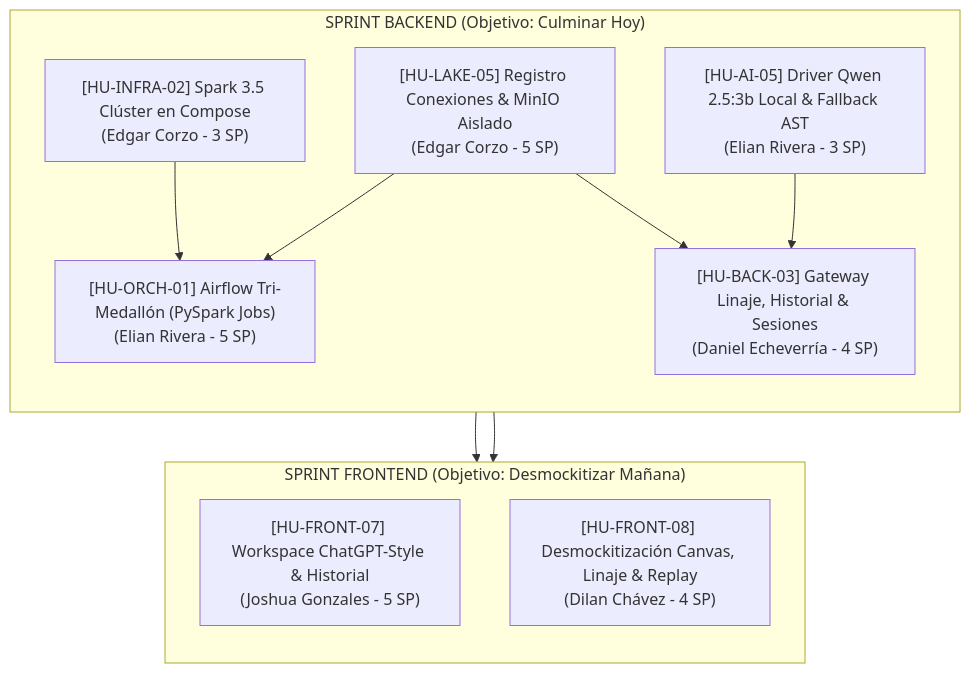
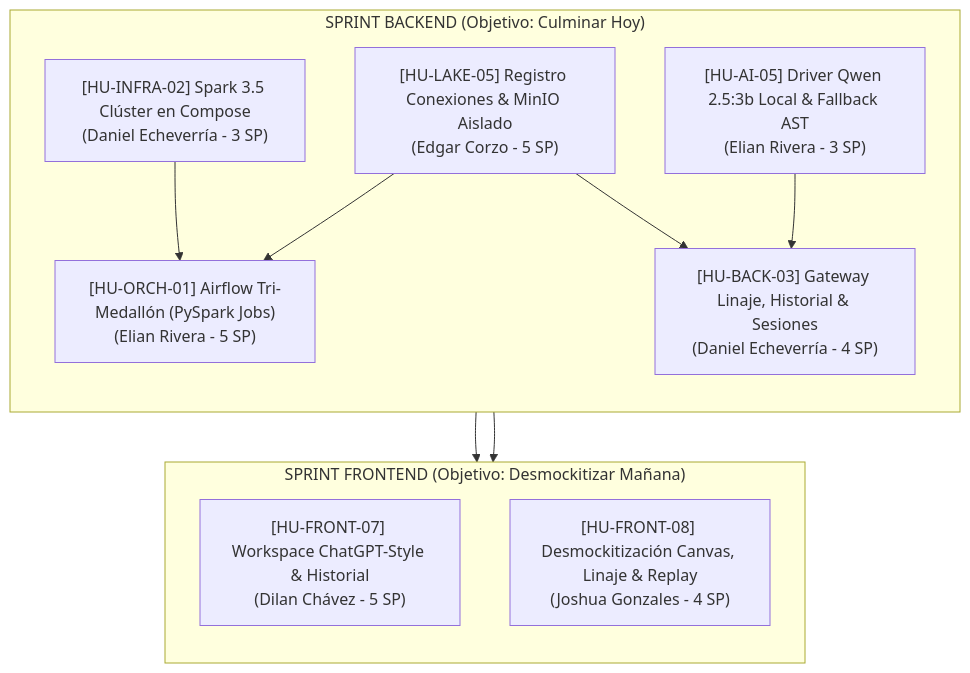
The diagram in documentation/06_nuevo_backlog_mvp_dorado.md (Dan18eP/Midas), drawn with Mermaid before and after one commit. The commit also changed other lines of this file and 1 other file, not shown here.

Commit message:
docs(backlog): reassign HU-INFRA-02 to Daniel, HU-FRONT-07 to Dilan, HU-FRONT-08 to Joshua with non-interference check

````diff
--- a/documentation/06_nuevo_backlog_mvp_dorado.md
+++ b/documentation/06_nuevo_backlog_mvp_dorado.md
@@ -28,25 +30,25 @@
 ```mermaid
 flowchart TD
     subgraph BACKEND_HOY["SPRINT BACKEND (Objetivo: Culminar Hoy)"]
         direction TB
-        INFRA["[HU-INFRA-02] Spark 3.5 Clúster en Compose\n(Edgar Corzo - 3 SP)"]
+        INFRA["[HU-INFRA-02] Spark 3.5 Clúster en Compose\n(Daniel Echeverría - 3 SP)"]
         LAKE["[HU-LAKE-05] Registro Conexiones & MinIO Aislado\n(Edgar Corzo - 5 SP)"]
         AI["[HU-AI-05] Driver Qwen 2.5:3b Local & Fallback AST\n(Elian Rivera - 3 SP)"]
         ORCH["[HU-ORCH-01] Airflow Tri-Medallón (PySpark Jobs)\n(Elian Rivera - 5 SP)"]
         BACK["[HU-BACK-03] Gateway Linaje, Historial & Sesiones\n(Daniel Echeverría - 4 SP)"]
         
         INFRA --> ORCH
         LAKE --> ORCH
         AI --> BACK
         LAKE --> BACK
     end
 
     subgraph FRONTEND_MANANA["SPRINT FRONTEND (Objetivo: Desmockitizar Mañana)"]
         direction TB
-        FRONT_HERO["[HU-FRONT-07] Workspace ChatGPT-Style & Historial\n(Joshua Gonzales - 5 SP)"]
-        FRONT_UNMOCK["[HU-FRONT-08] Desmockitización Canvas, Linaje & Replay\n(Dilan Chávez - 4 SP)"]
+        FRONT_HERO["[HU-FRONT-07] Workspace ChatGPT-Style & Historial\n(Dilan Chávez - 5 SP)"]
+        FRONT_UNMOCK["[HU-FRONT-08] Desmockitización Canvas, Linaje & Replay\n(Joshua Gonzales - 4 SP)"]
         
         BACK --> FRONT_HERO
         BACK --> FRONT_UNMOCK
     end
 ```
````
